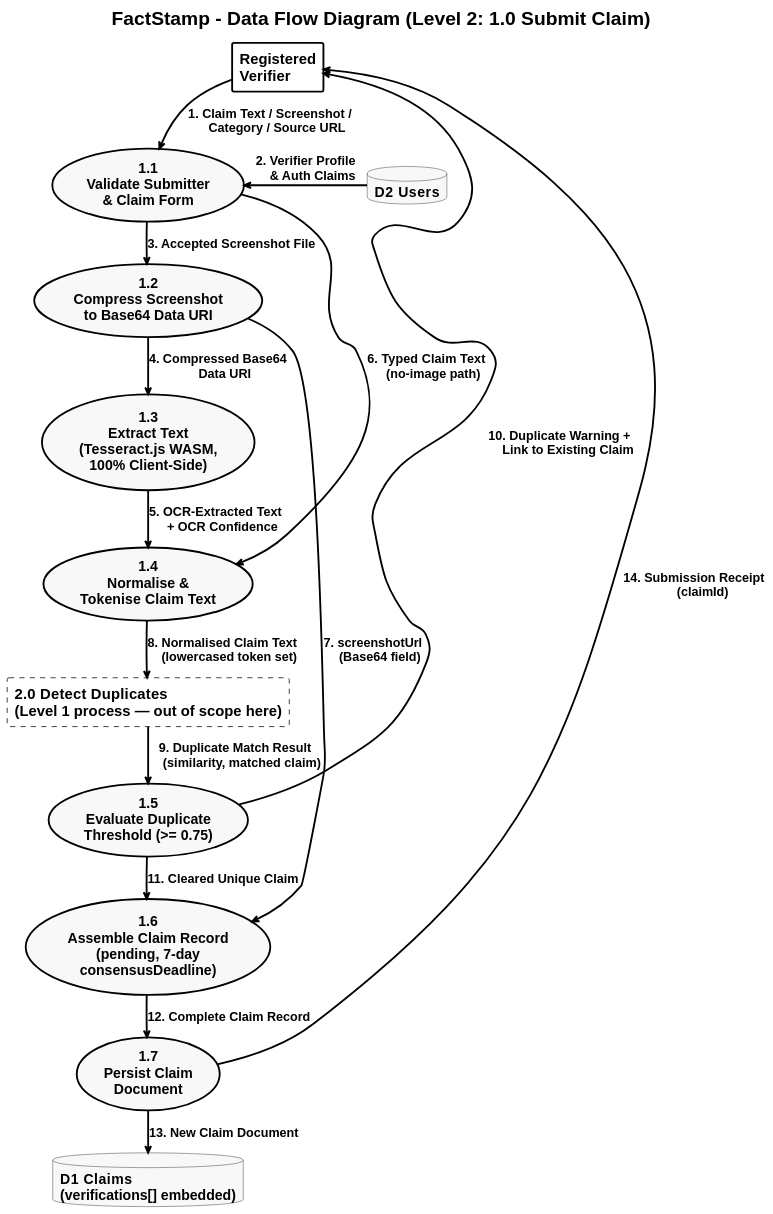
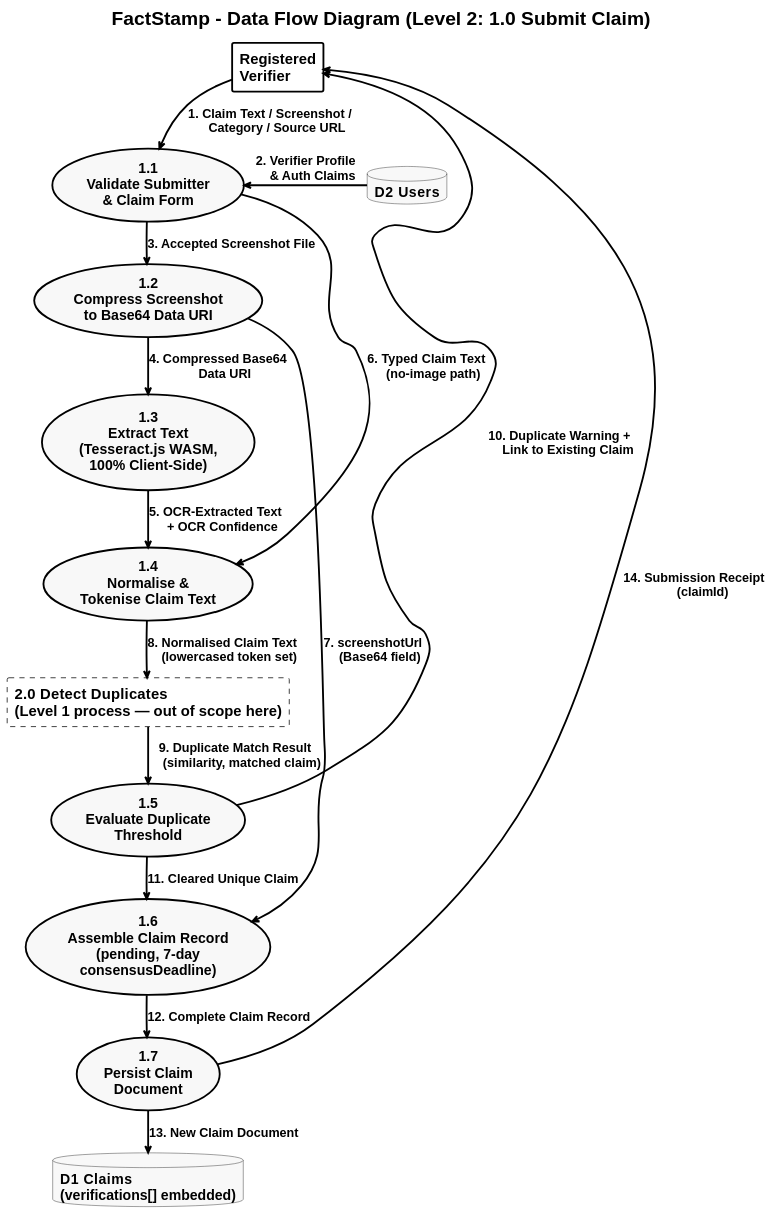
One commit to aadish0day/typst changed the diagram in FactStamp/black_book_draft/03_Requirements_and_Analysis/attachments/dfd_level_2.puml. Above: the diagram before and after it, drawn with PlantUML. The commit also changed 50 other files, not shown here.

```diff
--- a/FactStamp/black_book_draft/03_Requirements_and_Analysis/attachments/dfd_level_2.puml
+++ b/FactStamp/black_book_draft/03_Requirements_and_Analysis/attachments/dfd_level_2.puml
@@ -25,84 +25,84 @@
 @startuml
 skinparam style strictuml
 skinparam monochrome true
 skinparam defaultFontName "Liberation Sans"
 skinparam defaultFontSize 20
 skinparam defaultFontStyle bold
 skinparam titleFontSize 26
 skinparam titleFontStyle bold
 
 ' Rule 5 (portrait): stretch ranks apart, squeeze columns together.
 skinparam ranksep 35
 skinparam nodesep 30
 
 skinparam backgroundColor white
 skinparam ArrowColor black
 skinparam ArrowThickness 2.5
 skinparam ArrowFontSize 17
 skinparam ArrowFontStyle bold
 
 skinparam UsecaseBorderColor black
 skinparam UsecaseBorderThickness 2.5
 skinparam UsecaseBackgroundColor #F8F9FA
 skinparam UsecaseFontSize 19
 skinparam UsecaseFontStyle bold
 
 skinparam RectangleBorderColor black
 skinparam RectangleBorderThickness 2.5
 skinparam RectangleBackgroundColor transparent
 skinparam RectangleFontSize 20
 skinparam RectangleFontStyle bold
 
 skinparam DatabaseBorderColor black
 skinparam DatabaseBackgroundColor #F8F9FA
 skinparam DatabaseFontSize 19
 skinparam DatabaseFontStyle bold
 
 title FactStamp - Data Flow Diagram (Level 2: 1.0 Submit Claim)
 
 ' ---------- External entity ----------
 rectangle "Registered\nVerifier" as VER
 
 ' ---------- Sub-processes of 1.0 ----------
 usecase "1.1\nValidate Submitter\n& Claim Form" as S11
 ' ---------- Data stores ----------
 database "D2  Users" as D2
 usecase "1.2\nCompress Screenshot\nto Base64 Data URI" as S12
 usecase "1.3\nExtract Text\n(Tesseract.js WASM,\n100% Client-Side)" as S13
 usecase "1.4\nNormalise &\nTokenise Claim Text" as S14
 ' ---------- Neighbouring Level 1 process, shown only as a boundary ----------
 ' #line.dashed marks it as out of scope (PlantUML resets the stroke width when an
 ' inline line style is applied, so this box is deliberately drawn thinner).
 rectangle "2.0  Detect Duplicates\n(Level 1 process — out of scope here)" as P20 #line.dashed
-usecase "1.5\nEvaluate Duplicate\nThreshold (>= 0.75)" as S15
+usecase "1.5\nEvaluate Duplicate\nThreshold" as S15
 usecase "1.6\nAssemble Claim Record\n(pending, 7-day\nconsensusDeadline)" as S16
 usecase "1.7\nPersist Claim\nDocument" as S17
 database "D1  Claims\n(verifications[] embedded)" as D1
 
 ' ---------- Invisible spine: pins D2 to the rank of 1.1 so the graph stays narrow ----------
 VER -[hidden]-> D2
 
 ' ---------- Boundary inflows ----------
 VER --> S11 : "1. Claim Text / Screenshot /\n    Category / Source URL"
 D2  -[norank]-> S11 : "2. Verifier Profile\n    & Auth Claims"
 
 ' ---------- Internal flows ----------
 S11 --> S12 : "3. Accepted Screenshot File"
 S12 --> S13 : "4. Compressed Base64\n    Data URI"
 S13 --> S14 : "5. OCR-Extracted Text\n    + OCR Confidence"
 S11 -[norank]-> S14 : "6. Typed Claim Text\n    (no-image path)"
 S12 -[norank]-> S16 : "7. screenshotUrl\n    (Base64 field)"
 
 ' ---------- Boundary flow out to 2.0 and back ----------
 S14 --> P20 : "8. Normalised Claim Text\n    (lowercased token set)"
 P20 --> S15 : "9. Duplicate Match Result\n    (similarity, matched claim)"
 
 ' ---------- Duplicate decision ----------
 S15 -[norank]-> VER : "10. Duplicate Warning +\n     Link to Existing Claim"
 S15 --> S16 : "11. Cleared Unique Claim"
 
 ' ---------- Assemble and persist ----------
 S16 --> S17 : "12. Complete Claim Record"
 S17 --> D1 : "13. New Claim Document"
 S17 -[norank]-> VER : "14. Submission Receipt\n     (claimId)"
 @enduml
```
